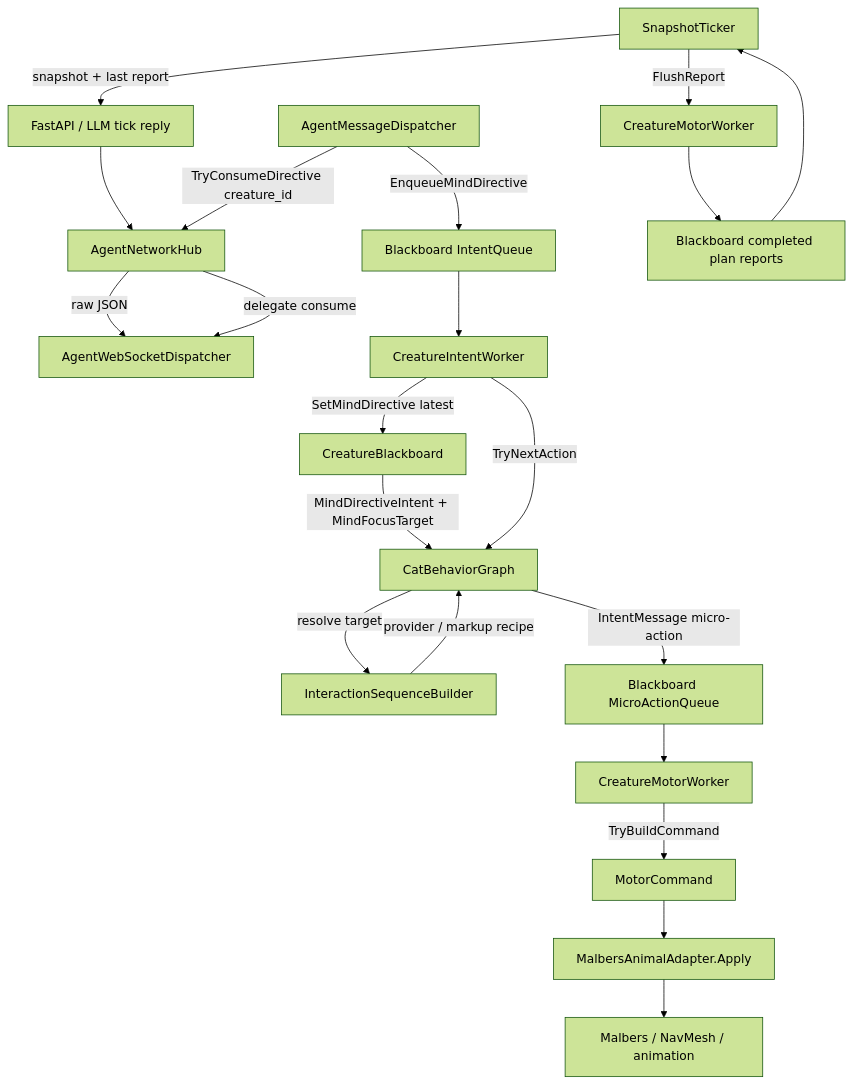
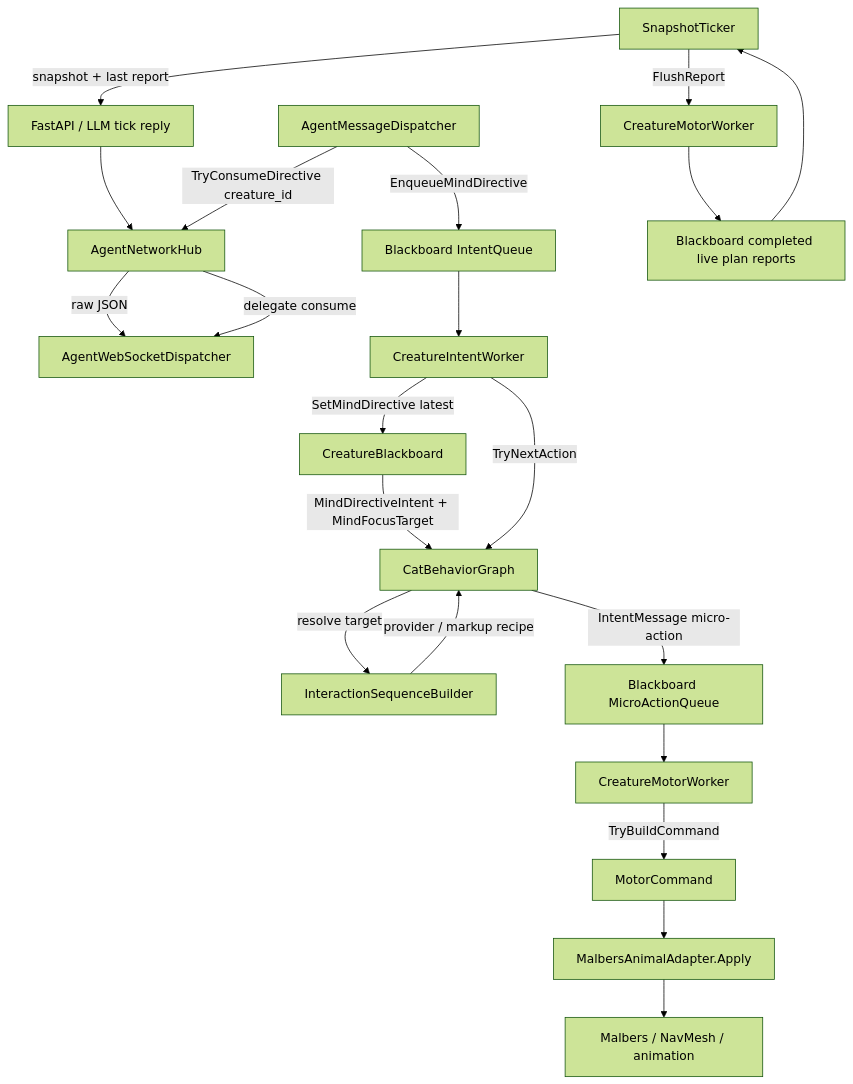
Before and after one commit to MewiLab/mewi: the diagram in mewi-unity/app/Assets/Scripts/Creature/Motor/behavior_graph.md, drawn with Mermaid (forest theme). The commit also changed other lines of this file and 7 other files, not shown here.

````diff
--- a/mewi-unity/app/Assets/Scripts/Creature/Motor/behavior_graph.md
+++ b/mewi-unity/app/Assets/Scripts/Creature/Motor/behavior_graph.md
@@ -21,26 +23,26 @@
 ```mermaid
 flowchart TD
     Backend[FastAPI / LLM tick reply] --> Network[AgentNetworkHub]
     Network -->|raw JSON| WebSocketDispatcher[AgentWebSocketDispatcher]
     Dispatcher[AgentMessageDispatcher] -->|TryConsumeDirective creature_id| Network
     Network -->|delegate consume| WebSocketDispatcher
     Dispatcher -->|EnqueueMindDirective| IntentQueue[Blackboard IntentQueue]
 
     SnapshotTicker -->|FlushReport| Worker[CreatureMotorWorker]
-    Worker --> ReportQueue[Blackboard completed plan reports]
+    Worker --> ReportQueue[Blackboard completed live plan reports]
     ReportQueue --> SnapshotTicker
     SnapshotTicker -->|snapshot + last report| Backend
 
     IntentQueue --> IntentWorker[CreatureIntentWorker]
     IntentWorker -->|SetMindDirective latest| Blackboard[CreatureBlackboard]
     Blackboard -->|MindDirectiveIntent + MindFocusTarget| Graph[CatBehaviorGraph]
     Graph -->|resolve target| Interaction[InteractionSequenceBuilder]
     Interaction -->|provider / markup recipe| Graph
     IntentWorker -->|TryNextAction| Graph
     Graph -->|IntentMessage micro-action| MicroQueue[Blackboard MicroActionQueue]
 
     MicroQueue --> CreatureMotorWorker
     CreatureMotorWorker -->|TryBuildCommand| Command[MotorCommand]
     Command --> Adapter[MalbersAnimalAdapter.Apply]
     Adapter --> Body[Malbers / NavMesh / animation]
 ```
````
